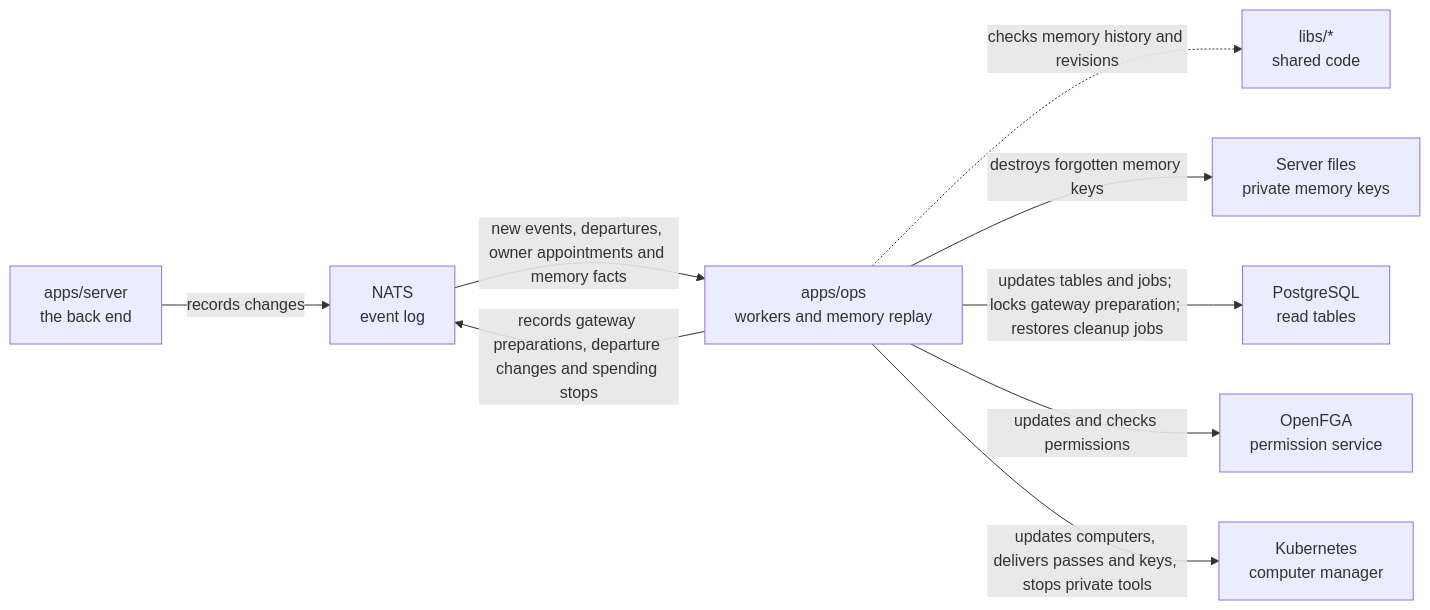
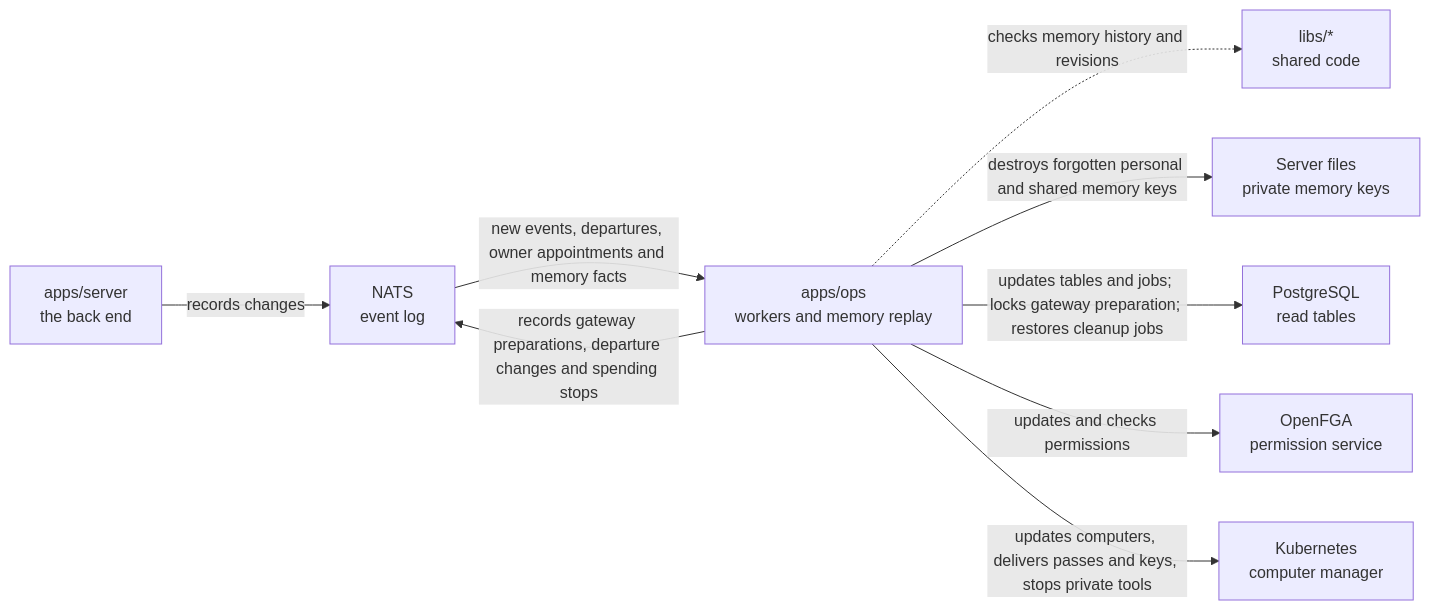
The diagram in apps/ops/README.md (elewa-git/opencrane-new), drawn with Mermaid before and after one commit. The commit also changed other lines of this file and 6 other files, not shown here.

Commit message:
🧹 Complete shared memory cleanup and recover lost jobs

````diff
--- a/apps/ops/README.md
+++ b/apps/ops/README.md
@@ -11,11 +11,11 @@
 ```mermaid
 flowchart LR
   server["apps/server<br/>the back end"] -->|records changes| nats["NATS<br/>event log"]
   nats -->|new events, departures, owner appointments and memory facts| ops["apps/ops<br/>workers and memory replay"]
   ops -->|records gateway preparations, departure changes and spending stops| nats
   ops -.->|checks memory history and revisions| libs["libs/*<br/>shared code"]
-  ops -->|destroys forgotten memory keys| keys["Server files<br/>private memory keys"]
+  ops -->|destroys forgotten personal and shared memory keys| keys["Server files<br/>private memory keys"]
   ops -->|updates tables and jobs; locks gateway preparation; restores cleanup jobs| postgres["PostgreSQL<br/>read tables"]
   ops -->|updates and checks permissions| fga["OpenFGA<br/>permission service"]
   ops -->|updates computers, delivers passes and keys, stops private tools| kube["Kubernetes<br/>computer manager"]
 ```
````
